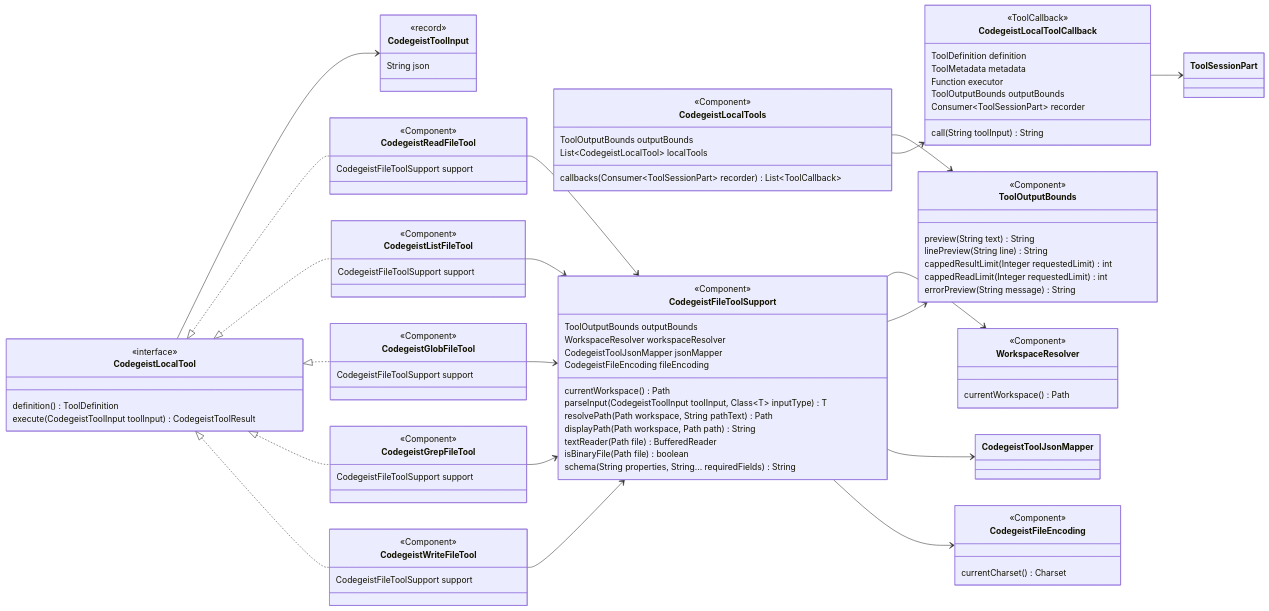
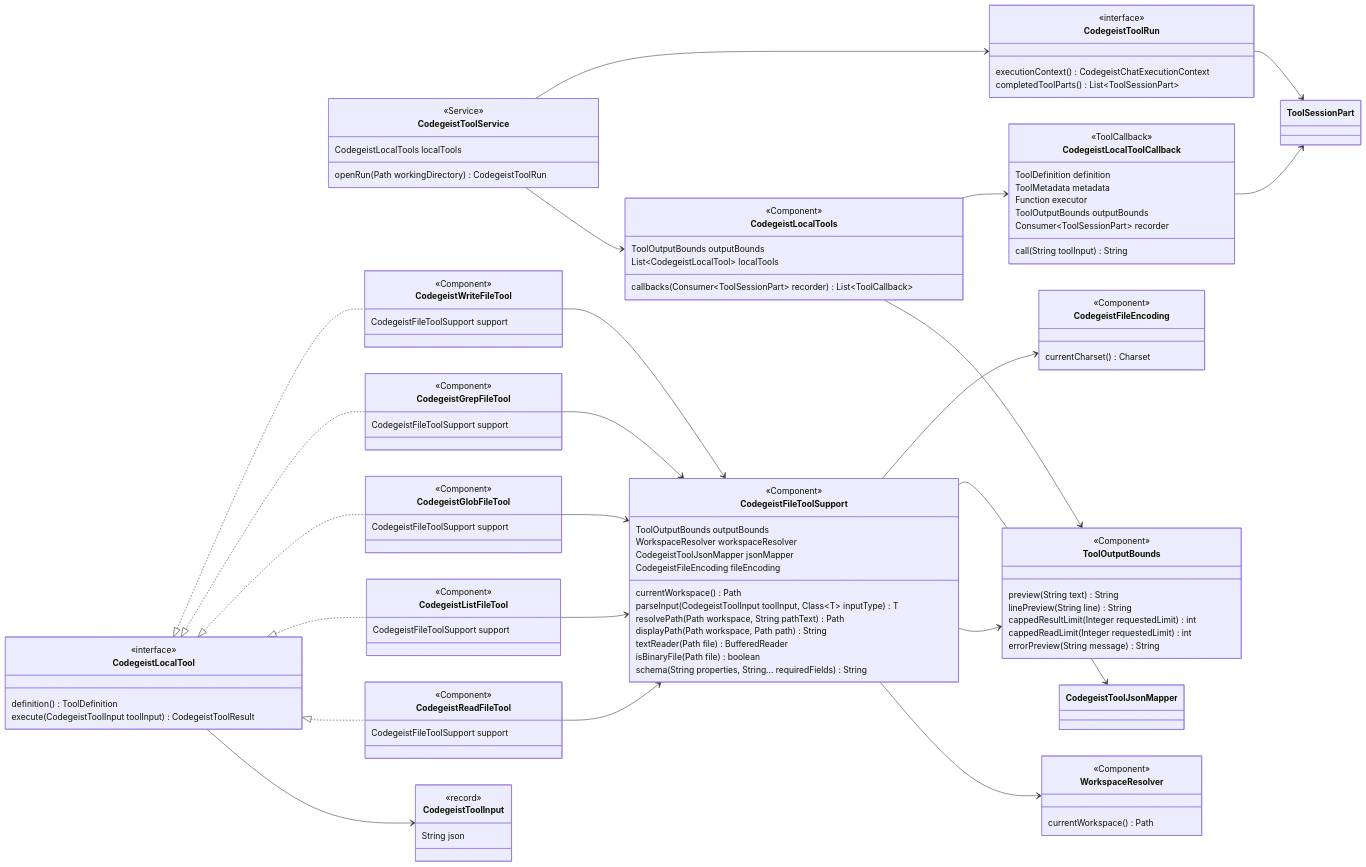
The first of 3 diagrams in docs/developer/architecture/local-file-tools.md (codegeist-ai/codegeist), drawn with Mermaid before and after one commit. The commit also changed other lines of this file and 35 other files, not shown here.

First line of the commit message:
feat(chat): add tool-aware chat harness

````diff
--- a/docs/developer/architecture/local-file-tools.md
+++ b/docs/developer/architecture/local-file-tools.md
@@ -70,6 +79,19 @@
 ```mermaid
-classDiagram
+    classDiagram
     direction LR
+
+    class CodegeistToolService {
+      <<Service>>
+      <<RequiredArgsConstructor>>
+      CodegeistLocalTools localTools
+      openRun(Path workingDirectory) CodegeistToolRun
+    }
+
+    class CodegeistToolRun {
+      <<interface>>
+      executionContext() CodegeistChatExecutionContext
+      completedToolParts() List~ToolSessionPart~
+    }
 
     class CodegeistLocalTools {
       <<Component>>
@@ -159,6 +181,9 @@
       CodegeistFileToolSupport support
     }
 
+    CodegeistToolService --> CodegeistLocalTools
+    CodegeistToolService --> CodegeistToolRun
+    CodegeistToolRun --> ToolSessionPart
     CodegeistLocalTools --> ToolOutputBounds
     CodegeistLocalTools --> CodegeistLocalToolCallback
     CodegeistLocalTool --> CodegeistToolInput
````
